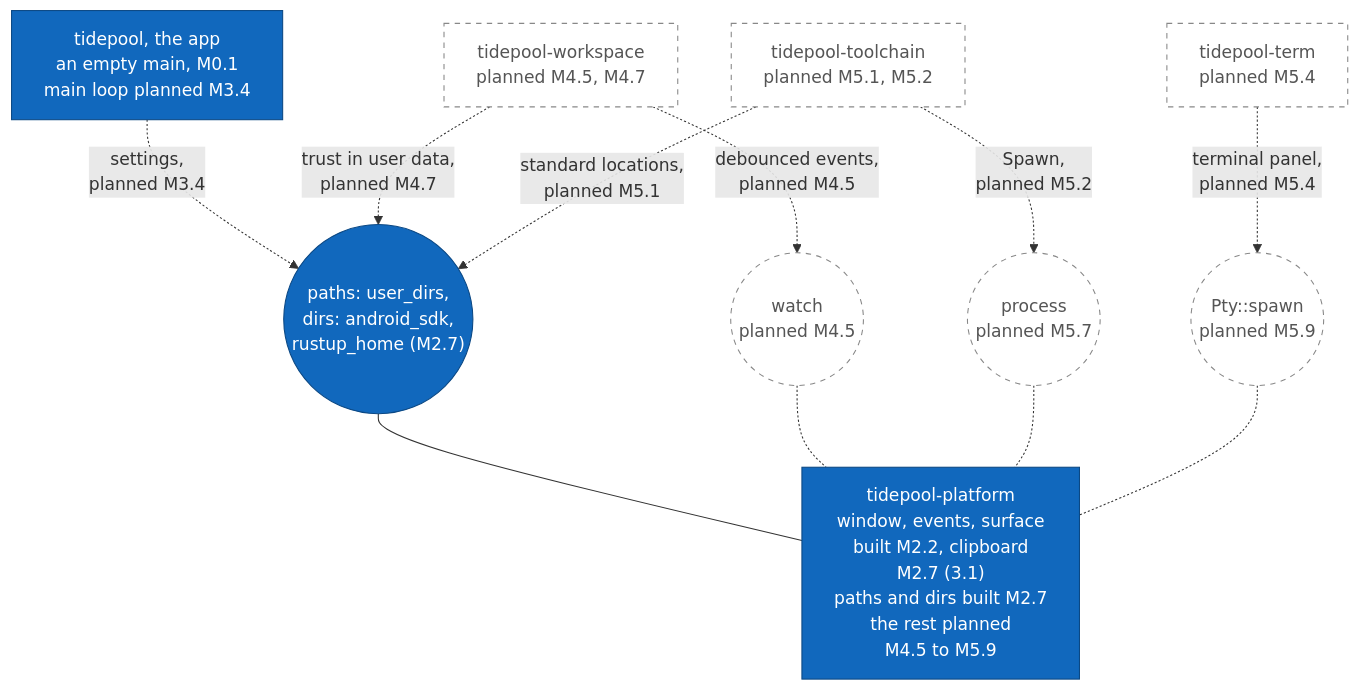
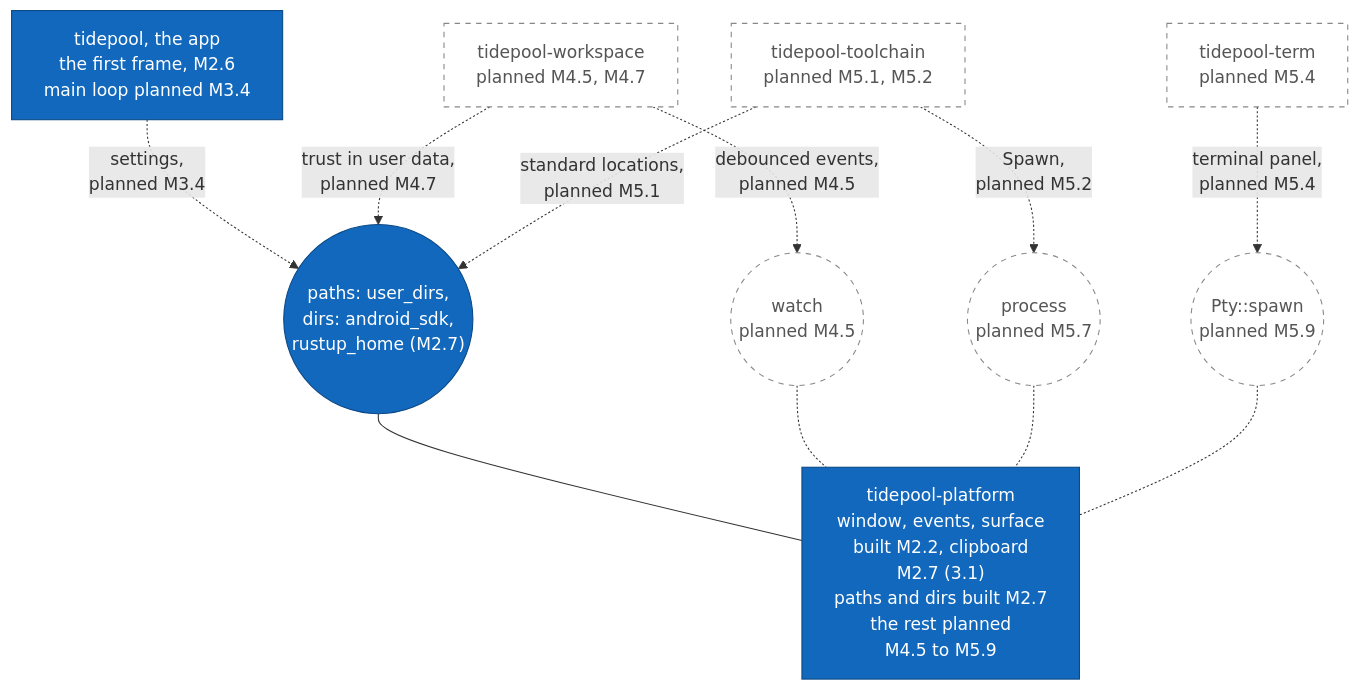
Before and after one commit to jabbott-iii/Tidepool: the eighth of 21 diagrams in diagrams/component-diagrams.md, drawn with Mermaid. The commit also changed other lines of this file and 35 other files, not shown here.

First line of the commit message:
gui, app: the first frame (M2.6)

````diff
--- a/diagrams/component-diagrams.md
+++ b/diagrams/component-diagrams.md
@@ -454,32 +459,32 @@
 ```mermaid
 flowchart TB
-    c_app["tidepool, the app<br/>an empty main, M0.1<br/>main loop planned M3.4"]
+    c_app["tidepool, the app<br/>the first frame, M2.6<br/>main loop planned M3.4"]
     c_workspace["tidepool-workspace<br/>planned M4.5, M4.7"]
     c_toolchain["tidepool-toolchain<br/>planned M5.1, M5.2"]
     c_term["tidepool-term<br/>planned M5.4"]
 
     i_paths(("paths: user_dirs,<br/>dirs: android_sdk,<br/>rustup_home (M2.7)"))
     i_watch(("watch<br/>planned M4.5"))
     i_process(("process<br/>planned M5.7"))
     i_pty(("Pty::spawn<br/>planned M5.9"))
 
     c_platform["tidepool-platform<br/>window, events, surface<br/>built M2.2, clipboard<br/>M2.7 (3.1)<br/>paths and dirs built M2.7<br/>the rest planned<br/>M4.5 to M5.9"]
 
     c_app -.->|"settings,<br/>planned M3.4"| i_paths
     c_workspace -.->|"trust in user data,<br/>planned M4.7"| i_paths
     c_workspace -.->|"debounced events,<br/>planned M4.5"| i_watch
     c_toolchain -.->|"standard locations,<br/>planned M5.1"| i_paths
     c_toolchain -.->|"Spawn,<br/>planned M5.2"| i_process
     c_term -.->|"terminal panel,<br/>planned M5.4"| i_pty
 
     i_paths --- c_platform
     i_watch -.- c_platform
     i_process -.- c_platform
     i_pty -.- c_platform
 
     classDef built fill:#1168bd,stroke:#0b4884,color:#ffffff
     classDef planned fill:#ffffff,stroke:#888888,stroke-dasharray: 5 5,color:#555555
     class c_app,c_platform,i_paths built
     class c_workspace,c_toolchain,c_term planned
     class i_watch,i_process,i_pty planned
 ```
````
